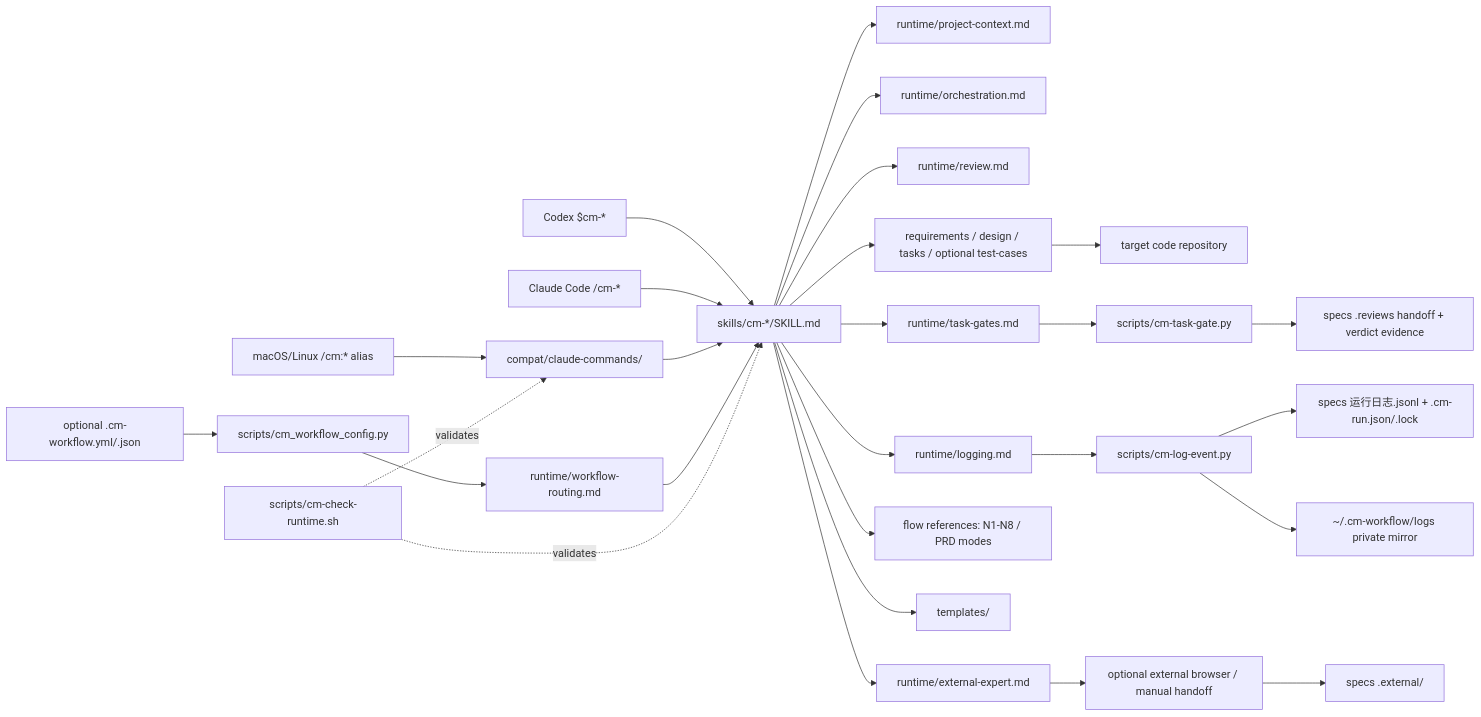
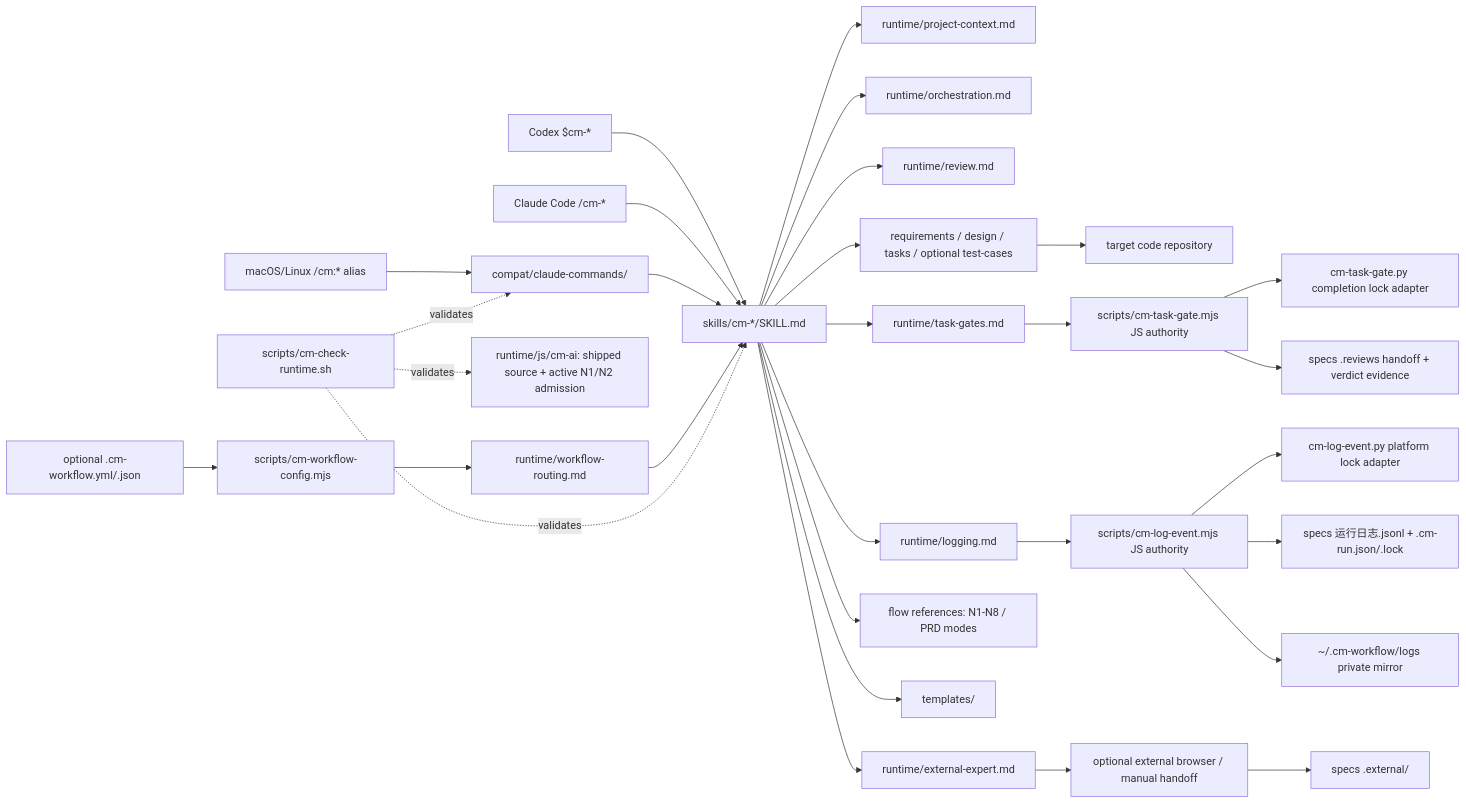
Before and after one commit to kingxiaozhe/cm-workflow: the diagram in docs/architecture.md, drawn with Mermaid. The commit also changed other lines of this file and 153 other files, not shown here.

Commit message:
feat: activate Codex-native JS workflow runtime

````diff
--- a/docs/architecture.md
+++ b/docs/architecture.md
@@ -5,29 +5,33 @@
 ```mermaid
 flowchart LR
     Codex["Codex $cm-*"] --> Skills["skills/cm-*/SKILL.md"]
     Claude["Claude Code /cm-*"] --> Skills
     Legacy["macOS/Linux /cm:* alias"] --> Wrappers["compat/claude-commands/"]
     Wrappers --> Skills
     Skills --> Context["runtime/project-context.md"]
     Skills --> Orchestration["runtime/orchestration.md"]
     Skills --> Review["runtime/review.md"]
     Skills --> TaskGates["runtime/task-gates.md"]
     Skills --> Logging["runtime/logging.md"]
     Skills --> External["runtime/external-expert.md"]
+    RuntimeJS["runtime/js/cm-ai: shipped source + active N1/N2 admission"]
     Skills --> References["flow references: N1-N8 / PRD modes"]
     Skills --> Templates["templates/"]
     Skills --> Specs["requirements / design / tasks / optional test-cases"]
     Specs --> Target["target code repository"]
     External --> Provider["optional external browser / manual handoff"]
     Provider --> ExternalEvidence["specs .external/"]
-    Logging --> Writer["scripts/cm-log-event.py"]
+    Logging --> Writer["scripts/cm-log-event.mjs JS authority"]
+    Writer --> LockAdapter["cm-log-event.py platform lock adapter"]
     Writer --> ProjectLog["specs 运行日志.jsonl + .cm-run.json/.lock"]
     Writer --> GlobalLog["~/.cm-workflow/logs private mirror"]
-    Config["optional .cm-workflow.yml/.json"] --> ConfigCheck["scripts/cm_workflow_config.py"]
+    Config["optional .cm-workflow.yml/.json"] --> ConfigCheck["scripts/cm-workflow-config.mjs"]
     ConfigCheck --> Routing["runtime/workflow-routing.md"]
     Routing --> Skills
-    TaskGates --> GateCheck["scripts/cm-task-gate.py"]
+    TaskGates --> GateCheck["scripts/cm-task-gate.mjs JS authority"]
+    GateCheck --> GateLock["cm-task-gate.py completion lock adapter"]
     GateCheck --> Reviews["specs .reviews handoff + verdict evidence"]
     Check["scripts/cm-check-runtime.sh"] -. validates .-> Skills
     Check -. validates .-> Wrappers
+    Check -. validates .-> RuntimeJS
 ```
````
